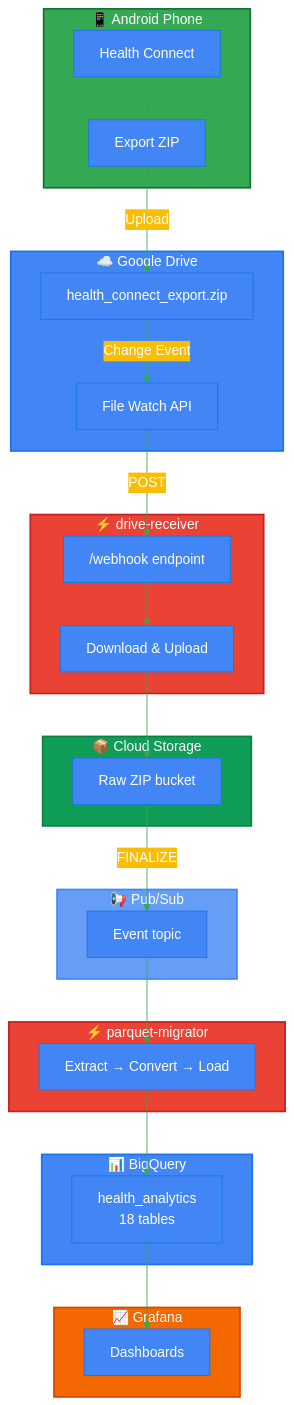
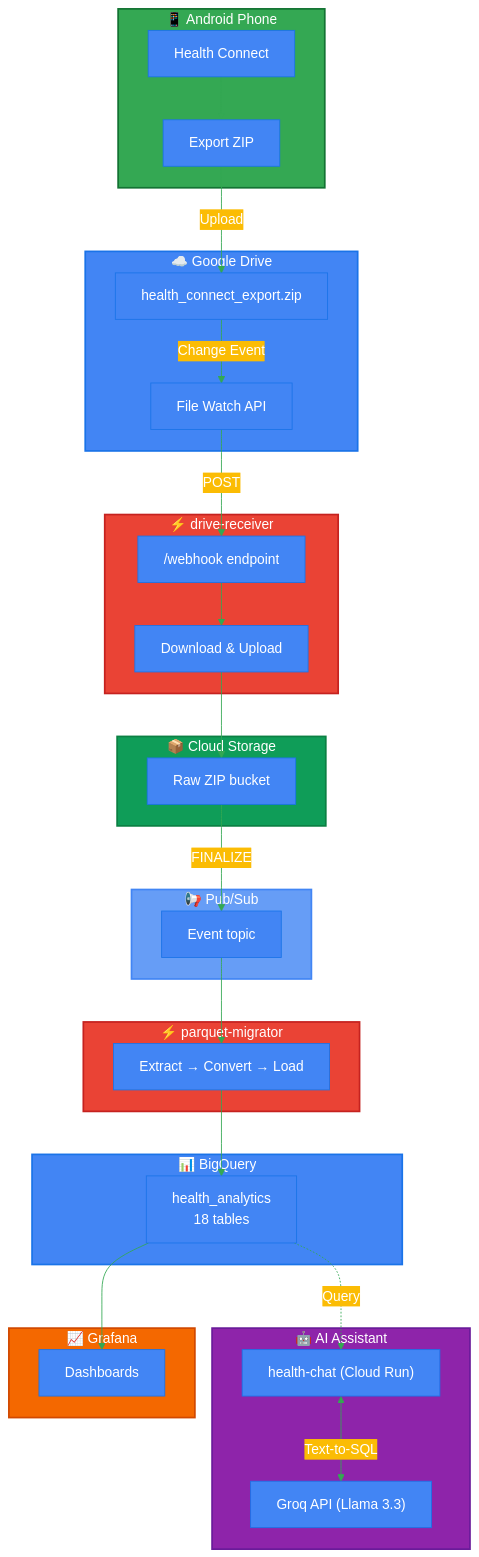
One commit to sai7teja/Health-connect changed the diagram in README.md. Above: the diagram before and after it, drawn with Mermaid. The commit also changed other lines of this file, not shown here.

Commit message:
docs: rewrite README to be simple, human-readable, and include AI assistant

````diff
--- a/README.md
+++ b/README.md
@@ -19,58 +20,66 @@
 ```mermaid
 %%{init: {'theme':'base', 'themeVariables': { 'primaryColor':'#4285f4','primaryTextColor':'#fff','primaryBorderColor':'#1a73e8','lineColor':'#34a853','secondaryColor':'#fbbc04','tertiaryColor':'#ea4335','fontSize':'16px'}}}%%
 
 graph TB
     subgraph Phone["📱 Android Phone"]
         HC[Health Connect]
         Export[Export ZIP]
         HC --> Export
     end
 
     subgraph Drive["☁️ Google Drive"]
         File["health_connect_export.zip"]
         Watch["File Watch API"]
         Export -->|Upload| File
         File -->|Change Event| Watch
     end
 
     subgraph CR1["⚡ drive-receiver"]
         Webhook["/webhook endpoint"]
         Download["Download & Upload"]
         Watch -->|POST| Webhook
         Webhook --> Download
     end
 
     subgraph Storage1["📦 Cloud Storage"]
         Raw["Raw ZIP bucket"]
         Download --> Raw
     end
 
     subgraph PS["📢 Pub/Sub"]
         Topic["Event topic"]
         Raw -->|FINALIZE| Topic
     end
 
     subgraph CR2["⚡ parquet-migrator"]
         Process["Extract → Convert → Load"]
         Topic --> Process
     end
 
     subgraph BQ["📊 BigQuery"]
         Dataset["health_analytics<br/>18 tables"]
         Process --> Dataset
     end
 
+    subgraph AI["🤖 AI Assistant"]
+        ChatApp["health-chat (Cloud Run)"]
+        Groq["Groq API (Llama 3.3)"]
+        Dataset -.->|Query| ChatApp
+        ChatApp <-->|Text-to-SQL| Groq
+    end
+
     subgraph Graf["📈 Grafana"]
         Dash["Dashboards"]
         Dataset --> Dash
     end
 
     style Phone fill:#34a853,stroke:#137333,stroke-width:2px,color:#fff
     style Drive fill:#4285f4,stroke:#1a73e8,stroke-width:2px,color:#fff
     style CR1 fill:#ea4335,stroke:#c5221f,stroke-width:2px,color:#fff
     style CR2 fill:#ea4335,stroke:#c5221f,stroke-width:2px,color:#fff
     style Storage1 fill:#0f9d58,stroke:#0b8043,stroke-width:2px,color:#fff
     style PS fill:#669df6,stroke:#4285f4,stroke-width:2px,color:#fff
     style BQ fill:#4285f4,stroke:#1a73e8,stroke-width:2px,color:#fff
     style Graf fill:#f46800,stroke:#d14900,stroke-width:2px,color:#fff
+    style AI fill:#8e24aa,stroke:#6a1b9a,stroke-width:2px,color:#fff
 ```
````
